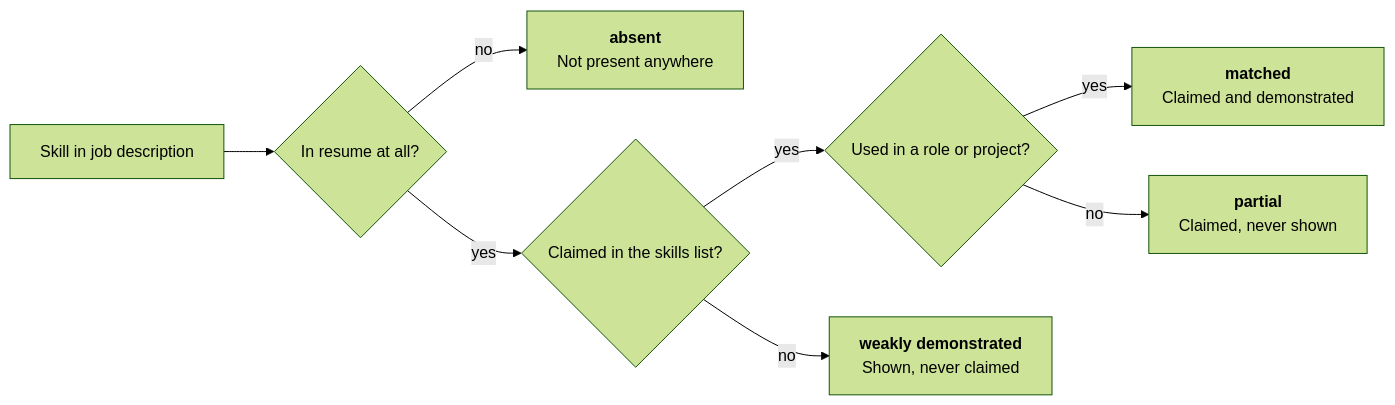
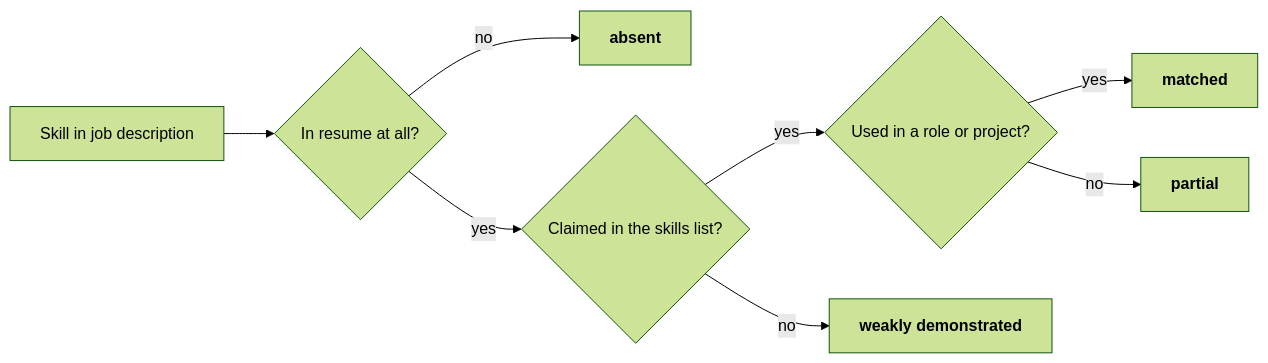
The second of 3 diagrams in README.md (tdzoro/Potencia), drawn with Mermaid (forest theme) before and after one commit. The commit also changed other lines of this file and 11 other files, not shown here.

````diff
--- a/README.md
+++ b/README.md
@@ -261,10 +219,10 @@
 ```mermaid
 flowchart LR
     A[Skill in job description] --> B{In resume at all?}
-    B -- no --> C[<b>absent</b><br/>Not present anywhere]
+    B -- no --> C[<b>absent</b>]
     B -- yes --> D{Claimed in the skills list?}
     D -- yes --> E{Used in a role or project?}
-    E -- yes --> F[<b>matched</b><br/>Claimed and demonstrated]
-    E -- no --> G[<b>partial</b><br/>Claimed, never shown]
-    D -- no --> H[<b>weakly demonstrated</b><br/>Shown, never claimed]
+    E -- yes --> F[<b>matched</b>]
+    E -- no --> G[<b>partial</b>]
+    D -- no --> H[<b>weakly demonstrated</b>]
 ```
````
